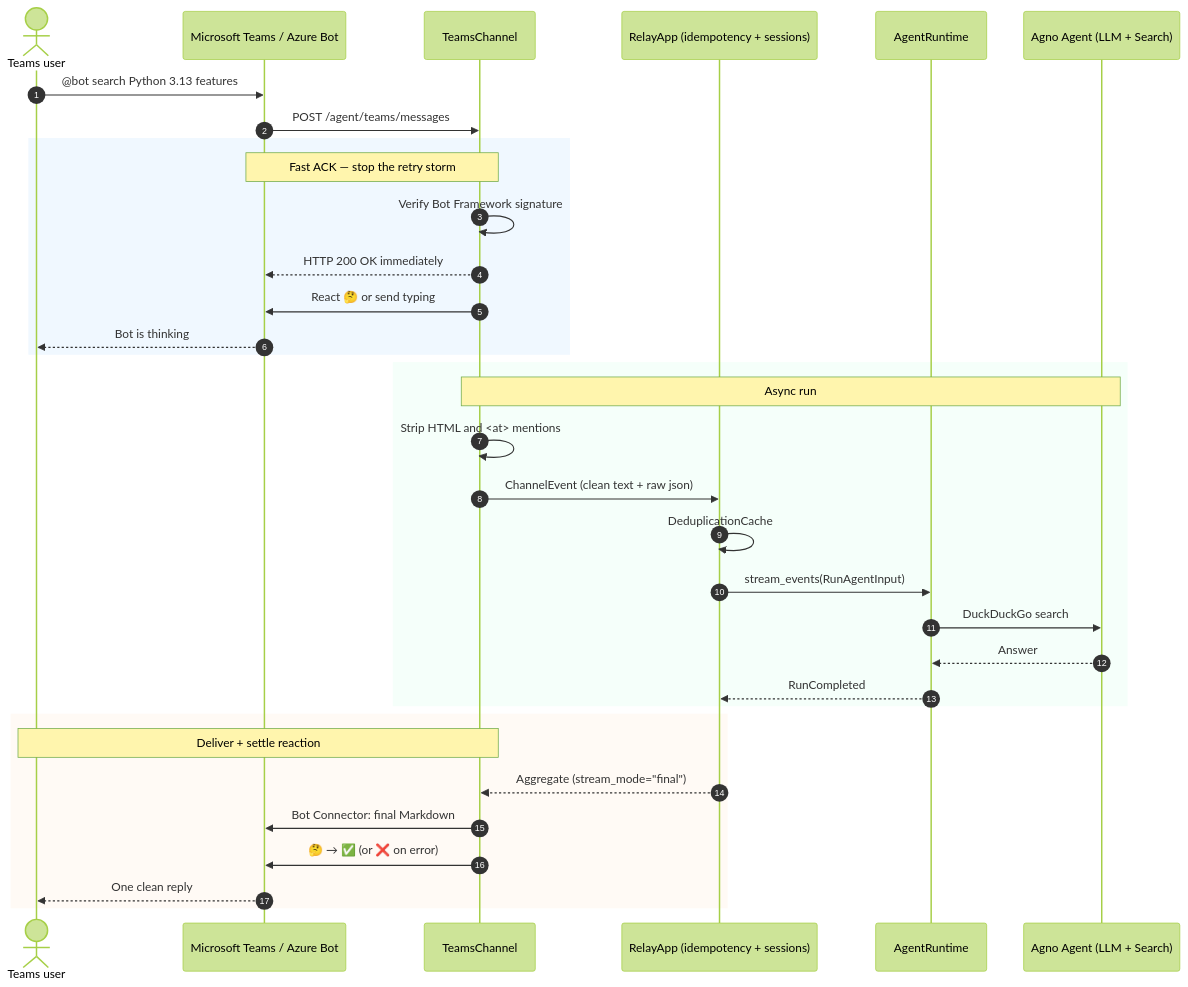
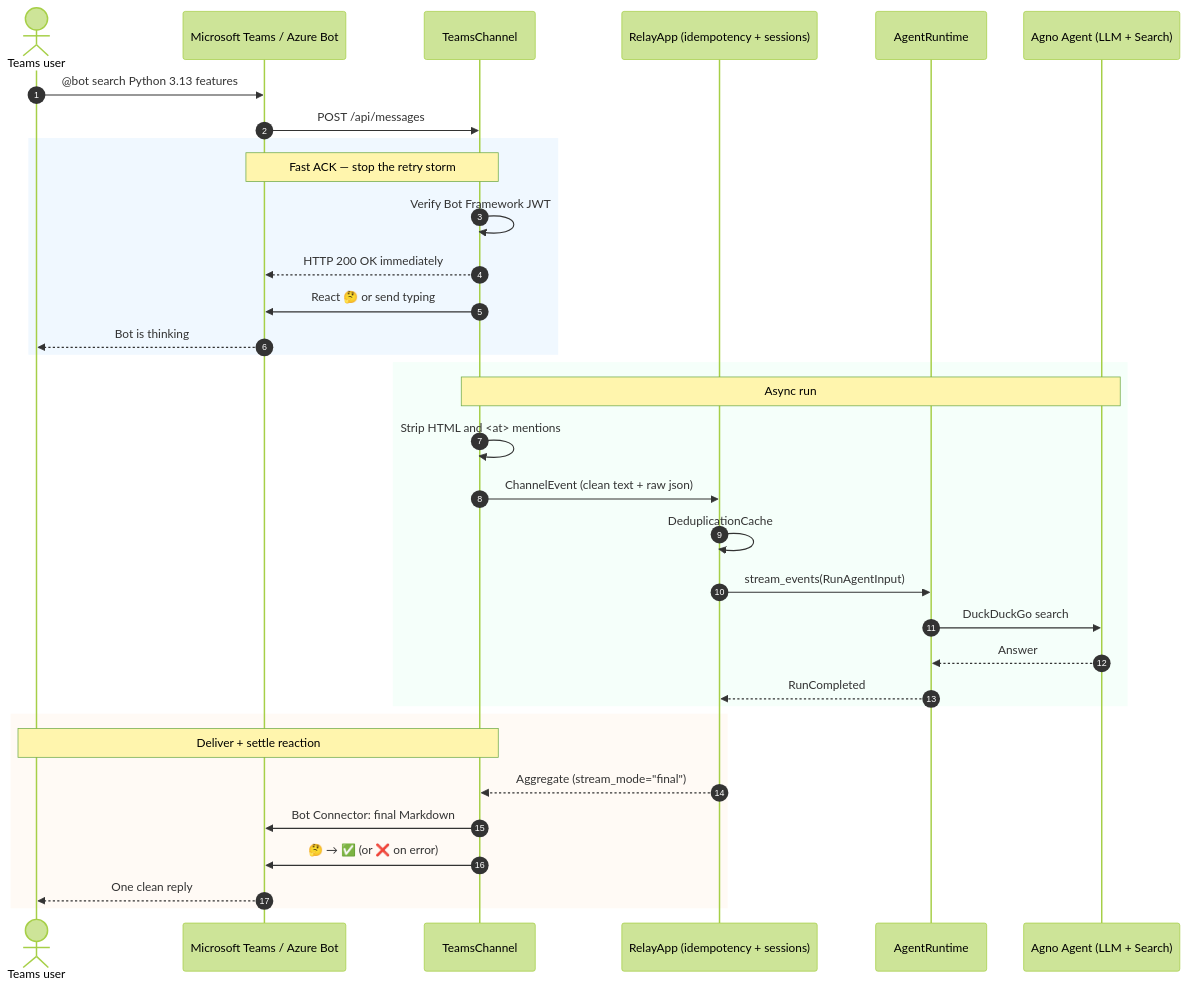
One commit to BrikerMan/agno-harness changed the diagram in docs/en/00-agent-cookbook/03-teams-bot-agent.md. Above: the diagram before and after it, drawn with Mermaid (forest theme). The commit also changed other lines of this file and 76 other files, not shown here.

````diff
--- a/docs/en/00-agent-cookbook/03-teams-bot-agent.md
+++ b/docs/en/00-agent-cookbook/03-teams-bot-agent.md
@@ -30,40 +36,40 @@
 ```mermaid
 sequenceDiagram
     autonumber
     actor User as Teams user
     participant Azure as Microsoft Teams / Azure Bot
     participant Channel as TeamsChannel
     participant Relay as RelayApp (idempotency + sessions)
     participant Runtime as AgentRuntime
     participant LLM as Agno Agent (LLM + Search)
 
     User->>Azure: @bot search Python 3.13 features
-    Azure->>Channel: POST /agent/teams/messages
+    Azure->>Channel: POST /api/messages
 
     rect rgb(240, 248, 255)
     Note over Azure,Channel: Fast ACK — stop the retry storm
-    Channel->>Channel: Verify Bot Framework signature
+    Channel->>Channel: Verify Bot Framework JWT
     Channel-->>Azure: HTTP 200 OK immediately
     Channel->>Azure: React 🤔 or send typing
     Azure-->>User: Bot is thinking
     end
 
     rect rgb(245, 255, 250)
     Note over Channel,LLM: Async run
     Channel->>Channel: Strip HTML and <at> mentions
     Channel->>Relay: ChannelEvent (clean text + raw json)
     Relay->>Relay: DeduplicationCache
     Relay->>Runtime: stream_events(RunAgentInput)
     Runtime->>LLM: DuckDuckGo search
     LLM-->>Runtime: Answer
     Runtime-->>Relay: RunCompleted
     end
 
     rect rgb(255, 250, 245)
     Note over Channel,User: Deliver + settle reaction
     Relay-->>Channel: Aggregate (stream_mode="final")
     Channel->>Azure: Bot Connector: final Markdown
     Channel->>Azure: 🤔 → ✅ (or ❌ on error)
     Azure-->>User: One clean reply
     end
 ```
````
